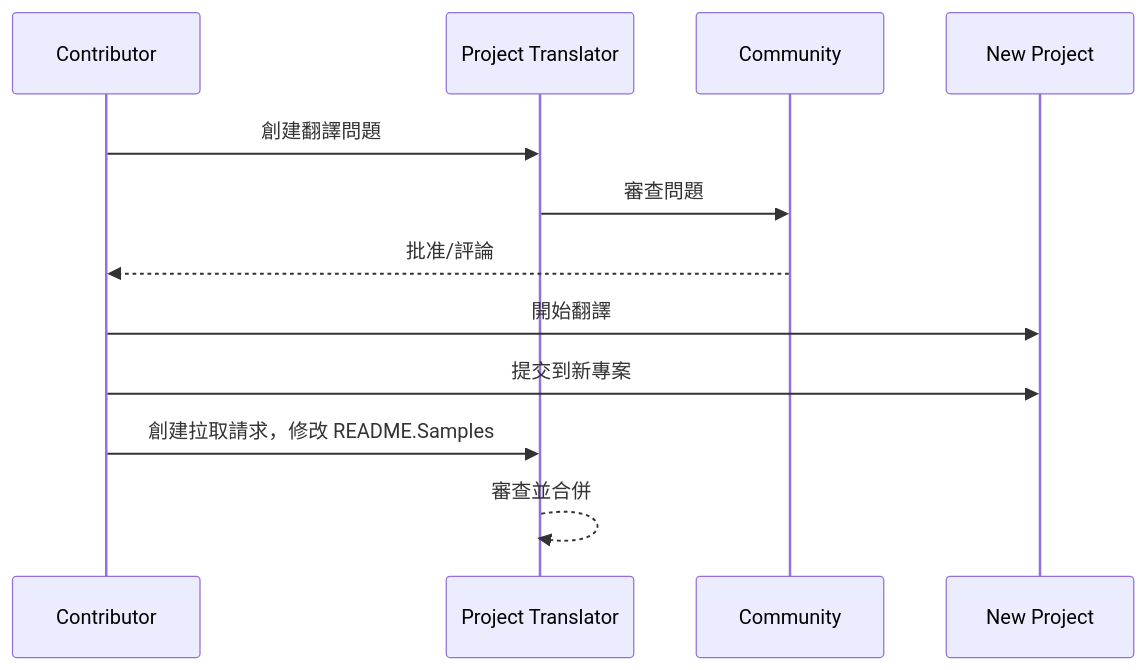
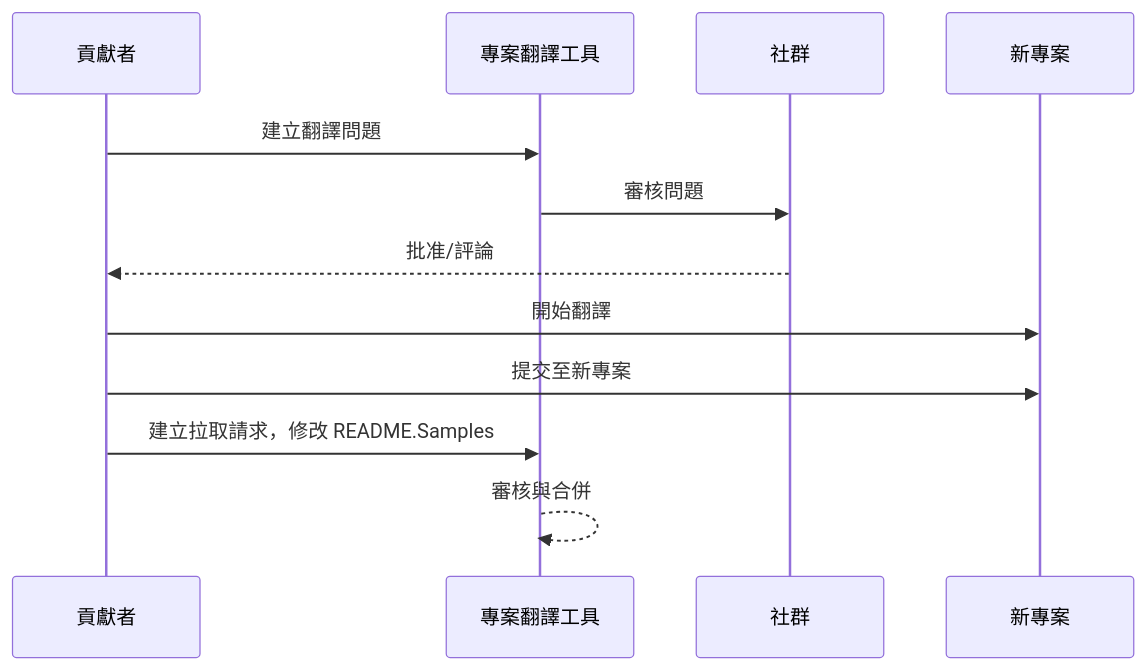
The diagram in readmes/README.zh-tw.md (Project-Translation/project_translator), drawn with Mermaid before and after one commit. The commit also changed other lines of this file and 73 other files, not shown here.

````diff
--- a/readmes/README.zh-tw.md
+++ b/readmes/README.zh-tw.md
@@ -51,10 +50,10 @@
 ```mermaid
 sequenceDiagram
-  Contributor->>Project Translator: 創建翻譯問題
-  Project Translator->>Community: 審查問題
-  Community-->>Contributor: 批准/評論
-  Contributor->>New Project: 開始翻譯
-  Contributor->>New Project: 提交到新專案
-  Contributor->>Project Translator: 創建拉取請求，修改 README.Samples
-  Project Translator-->>Project Translator: 審查並合併
+  貢獻者->>專案翻譯工具: 建立翻譯問題
+  專案翻譯工具->>社群: 審核問題
+  社群-->>貢獻者: 批准/評論
+  貢獻者->>新專案: 開始翻譯
+  貢獻者->>新專案: 提交至新專案
+  貢獻者->>專案翻譯工具: 建立拉取請求，修改 README.Samples
+  專案翻譯工具-->>專案翻譯工具: 審核與合併
 ```
````
